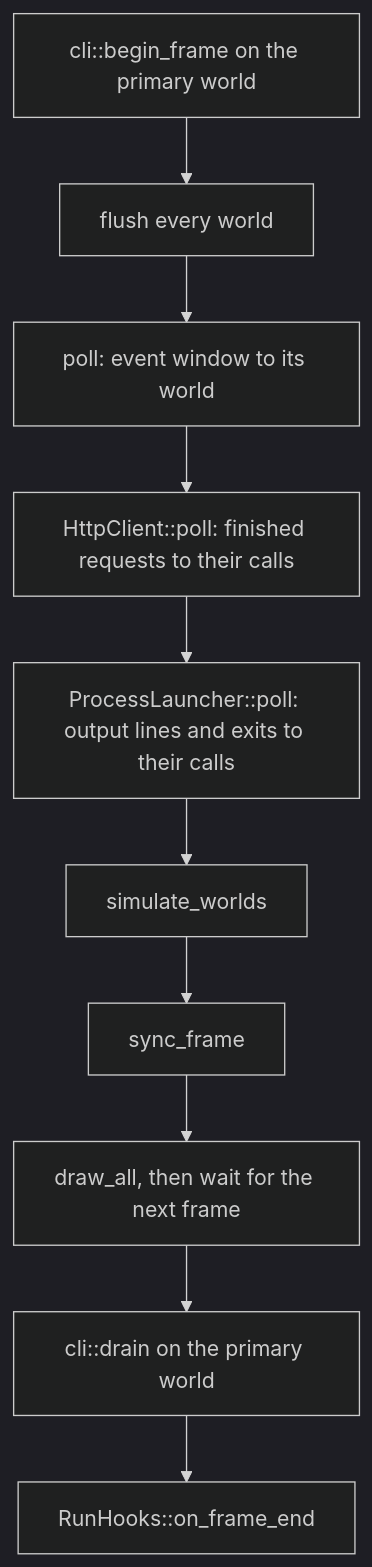
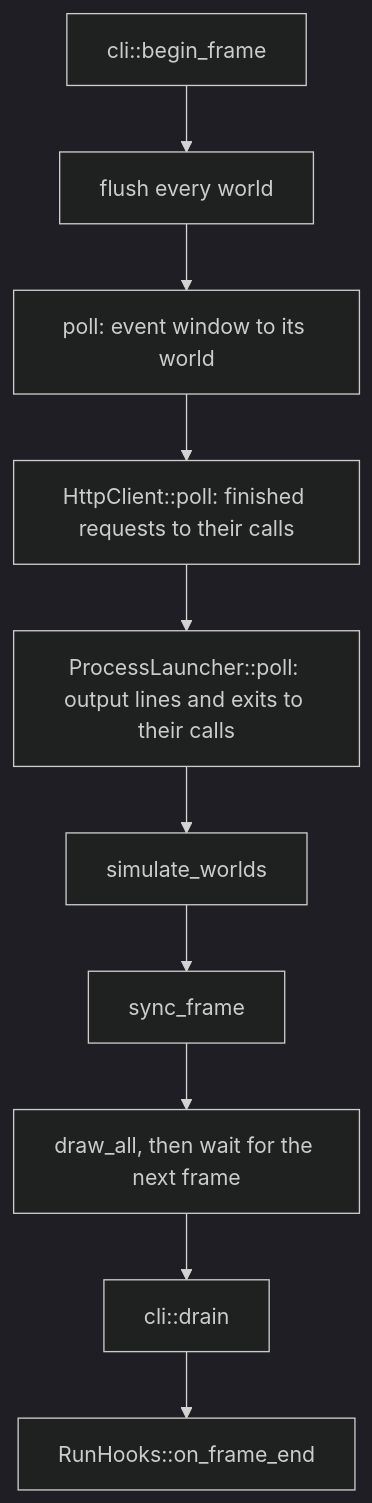
The diagram in docs/tech/architecture/Runtime Loop.md (wismh/wind-engine), drawn with Mermaid (dark theme) before and after one commit. The commit also changed other lines of this file and 22 other files, not shown here.

Commit message:
wind-181 feat: let wind-cli launch the editor, play and stop it, and answer at once when a window has no world

````diff
--- a/docs/tech/architecture/Runtime Loop.md
+++ b/docs/tech/architecture/Runtime Loop.md
@@ -55,12 +56,12 @@
 ```mermaid
 flowchart TD
-  A["cli::begin_frame on the primary world"] --> B["flush every world"]
+  A["cli::begin_frame"] --> B["flush every world"]
   B --> C["poll: event window to its world"]
   C --> C2["HttpClient::poll: finished requests to their calls"]
   C2 --> C3["ProcessLauncher::poll: output lines and exits to their calls"]
   C3 --> D["simulate_worlds"]
   D --> E["sync_frame"]
   E --> F["draw_all, then wait for the next frame"]
-  F --> G["cli::drain on the primary world"]
+  F --> G["cli::drain"]
   G --> H["RunHooks::on_frame_end"]
 ```
````
